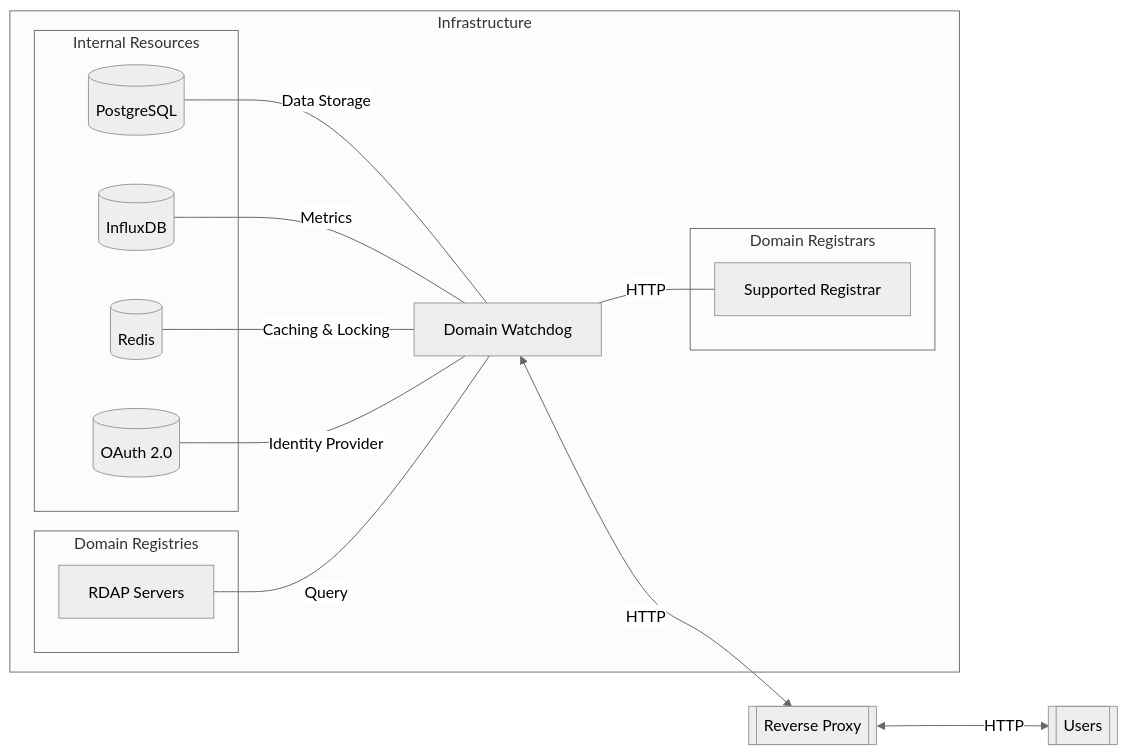
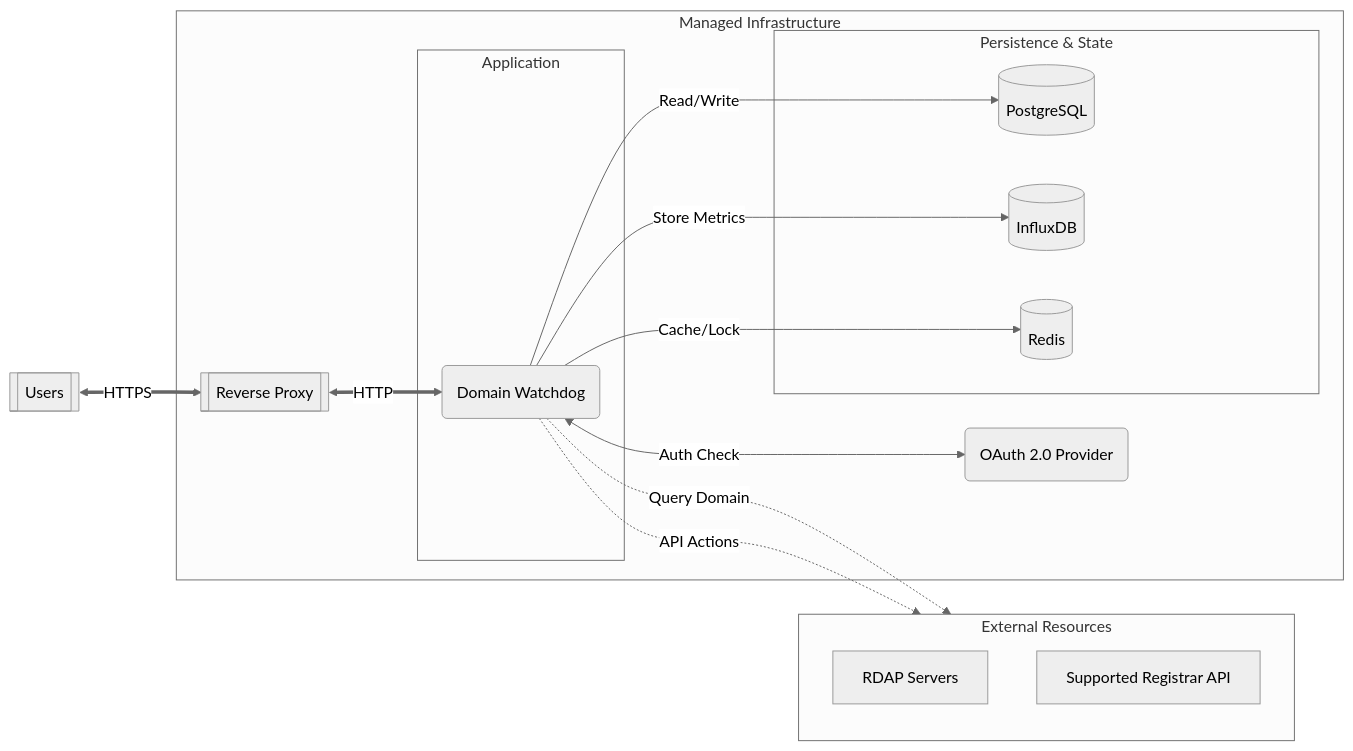
The diagram in docs/src/content/docs/en/developing/technical-stack.mdx (maelgangloff/domain-watchdog), drawn with Mermaid (neutral theme) before and after one commit.

Commit message:
docs: replace picture with mermaid graph

````diff
--- a/docs/src/content/docs/en/developing/technical-stack.mdx
+++ b/docs/src/content/docs/en/developing/technical-stack.mdx
@@ -10,36 +10,37 @@
 ```mermaid
 flowchart LR
-    subgraph INFRA[Infrastructure]
+    USER[[Users]]
 
-        subgraph IR[Internal Resources]
+    subgraph EXT[External Resources]
+        direction TB
+        RDAP[RDAP Servers]
+        PROVIDER[Supported Registrar API]
+    end
+
+    subgraph INFRA[Managed Infrastructure]
+        RP[[Reverse Proxy]]
+
+        subgraph APP_ZONE[Application]
+            DW(Domain Watchdog)
+        end
+
+        subgraph DATA[Persistence & State]
             PG[(PostgreSQL)]
             INFL[(InfluxDB)]
             REDIS[(Redis)]
-            OAUTH[(OAuth 2.0)]
         end
 
-        subgraph DR[Domain Registries]
-            RDAP[RDAP Servers]
-        end
-
-        subgraph P[Domain Registrars]
-            PROVIDER[Supported Registrar]
-        end
-
-        DW[Domain Watchdog]
+        OAUTH(OAuth 2.0 Provider)
     end
 
-    PG ---|Data Storage| DW
-    INFL ---|Metrics| DW
-    REDIS ---|Caching & Locking| DW
-    OAUTH ---|Identity Provider| DW
+    USER <==> |HTTPS| RP
+    RP <==> |HTTP| DW
 
-    RDAP ---|Query| DW
-    DW ---|HTTP| PROVIDER
+    DW --> |Read/Write| PG
+    DW --> |Store Metrics| INFL
+    DW --> |Cache/Lock| REDIS
+    DW <--> |Auth Check| OAUTH
 
-
-    USER[[Users]]
-    RP[[Reverse Proxy]]
-
-    DW <--> |HTTP| RP <--> |HTTP| USER
+    DW -.-> |Query Domain| RDAP
+    DW -.-> |API Actions| PROVIDER
 ```
````
